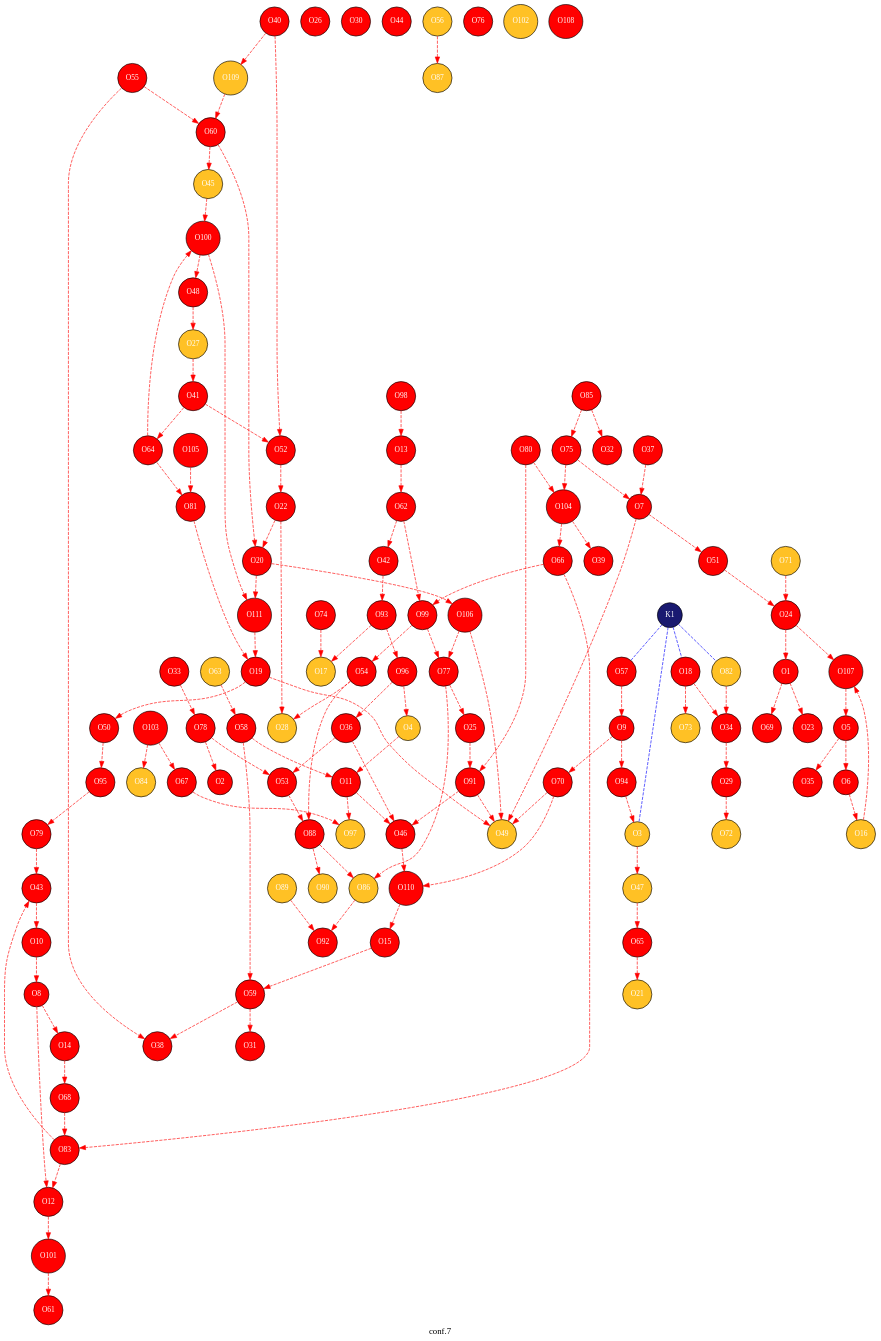
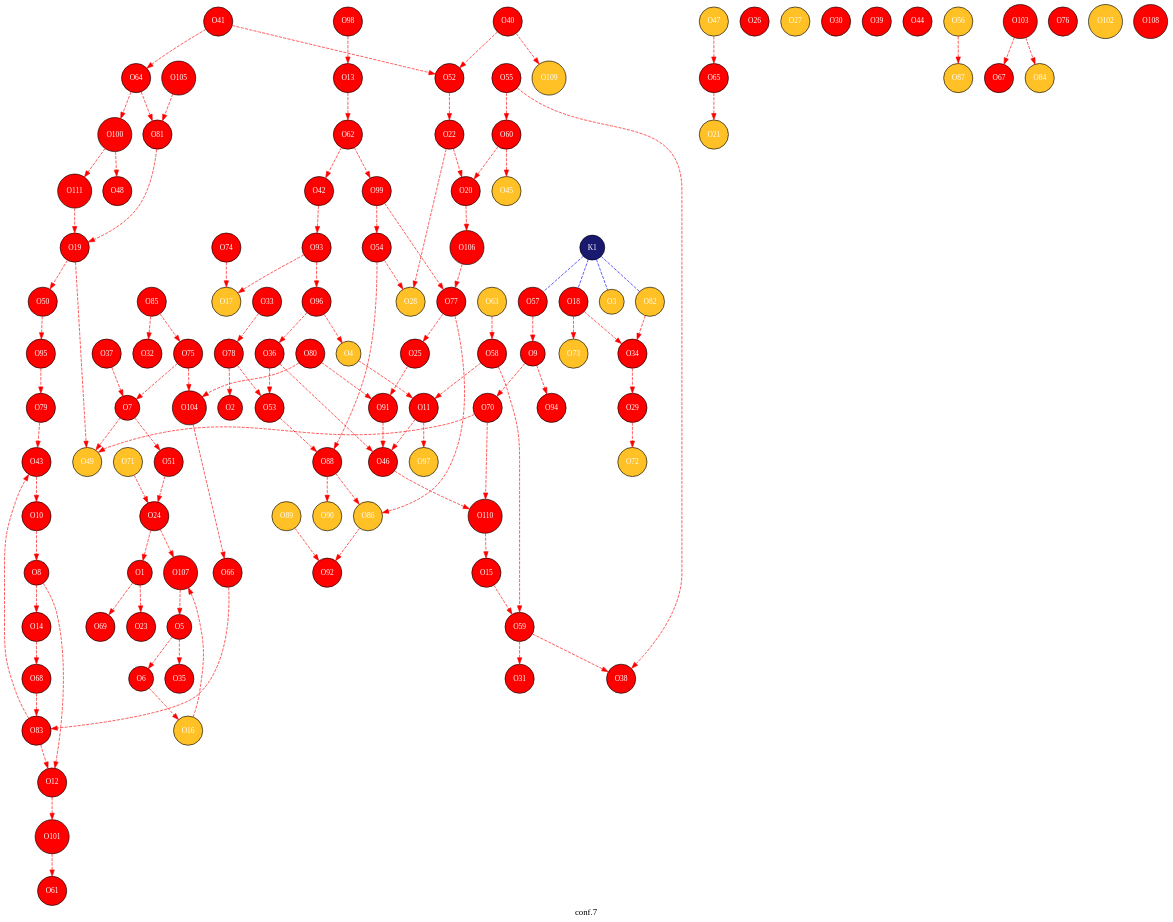
Before and after one commit to JelleLagerweij/short_test: the diagram in 4-GATeWAY/copy_2/traj/traj_conf.gv, drawn with Graphviz. The commit also changed 217 other files, not shown here.

```diff
--- a/4-GATeWAY/copy_2/traj/traj_conf.gv
+++ b/4-GATeWAY/copy_2/traj/traj_conf.gv
@@ -119,8 +119,6 @@
 "O24"->"O1"[fontcolor=red, color=red , style=dashed];
 "O1"->"O69"[fontcolor=red, color=red , style=dashed];
 "O78"->"O2"[fontcolor=red, color=red , style=dashed];
-"O3"->"O47"[fontcolor=red, color=red , style=dashed];
-"O94"->"O3"[fontcolor=red, color=red , style=dashed];
 "O4"->"O11"[fontcolor=red, color=red , style=dashed];
 "O96"->"O4"[fontcolor=red, color=red , style=dashed];
 "O5"->"O6"[fontcolor=red, color=red , style=dashed];
@@ -160,7 +158,6 @@
 "O22"->"O20"[fontcolor=red, color=red , style=dashed];
 "O60"->"O20"[fontcolor=red, color=red , style=dashed];
 "O20"->"O106"[fontcolor=red, color=red , style=dashed];
-"O20"->"O111"[fontcolor=red, color=red , style=dashed];
 "O65"->"O21"[fontcolor=red, color=red , style=dashed];
 "O22"->"O28"[fontcolor=red, color=red , style=dashed];
 "O52"->"O22"[fontcolor=red, color=red , style=dashed];
@@ -169,8 +166,6 @@
 "O24"->"O107"[fontcolor=red, color=red , style=dashed];
 "O77"->"O25"[fontcolor=red, color=red , style=dashed];
 "O25"->"O91"[fontcolor=red, color=red , style=dashed];
-"O27"->"O41"[fontcolor=red, color=red , style=dashed];
-"O48"->"O27"[fontcolor=red, color=red , style=dashed];
 "O54"->"O28"[fontcolor=red, color=red , style=dashed];
 "O34"->"O29"[fontcolor=red, color=red , style=dashed];
 "O29"->"O72"[fontcolor=red, color=red , style=dashed];
@@ -183,7 +178,6 @@
 "O96"->"O36"[fontcolor=red, color=red , style=dashed];
 "O55"->"O38"[fontcolor=red, color=red , style=dashed];
 "O59"->"O38"[fontcolor=red, color=red , style=dashed];
-"O104"->"O39"[fontcolor=red, color=red , style=dashed];
 "O40"->"O52"[fontcolor=red, color=red , style=dashed];
 "O40"->"O109"[fontcolor=red, color=red , style=dashed];
 "O41"->"O52"[fontcolor=red, color=red , style=dashed];
@@ -193,14 +187,11 @@
 "O79"->"O43"[fontcolor=red, color=red , style=dashed];
 "O83"->"O43"[fontcolor=red, color=red , style=dashed];
 "O60"->"O45"[fontcolor=red, color=red , style=dashed];
-"O45"->"O100"[fontcolor=red, color=red , style=dashed];
 "O91"->"O46"[fontcolor=red, color=red , style=dashed];
 "O46"->"O110"[fontcolor=red, color=red , style=dashed];
 "O47"->"O65"[fontcolor=red, color=red , style=dashed];
 "O100"->"O48"[fontcolor=red, color=red , style=dashed];
 "O70"->"O49"[fontcolor=red, color=red , style=dashed];
-"O91"->"O49"[fontcolor=red, color=red , style=dashed];
-"O106"->"O49"[fontcolor=red, color=red , style=dashed];
 "O50"->"O95"[fontcolor=red, color=red , style=dashed];
 "O78"->"O53"[fontcolor=red, color=red , style=dashed];
 "O53"->"O88"[fontcolor=red, color=red , style=dashed];
@@ -210,15 +201,12 @@
 "O56"->"O87"[fontcolor=red, color=red , style=dashed];
 "O58"->"O59"[fontcolor=red, color=red , style=dashed];
 "O63"->"O58"[fontcolor=red, color=red , style=dashed];
-"O109"->"O60"[fontcolor=red, color=red , style=dashed];
 "O101"->"O61"[fontcolor=red, color=red , style=dashed];
 "O62"->"O99"[fontcolor=red, color=red , style=dashed];
 "O64"->"O81"[fontcolor=red, color=red , style=dashed];
 "O64"->"O100"[fontcolor=red, color=red , style=dashed];
 "O66"->"O83"[fontcolor=red, color=red , style=dashed];
-"O66"->"O99"[fontcolor=red, color=red , style=dashed];
 "O104"->"O66"[fontcolor=red, color=red , style=dashed];
-"O67"->"O97"[fontcolor=red, color=red , style=dashed];
 "O103"->"O67"[fontcolor=red, color=red , style=dashed];
 "O68"->"O83"[fontcolor=red, color=red , style=dashed];
 "O70"->"O110"[fontcolor=red, color=red , style=dashed];
```
